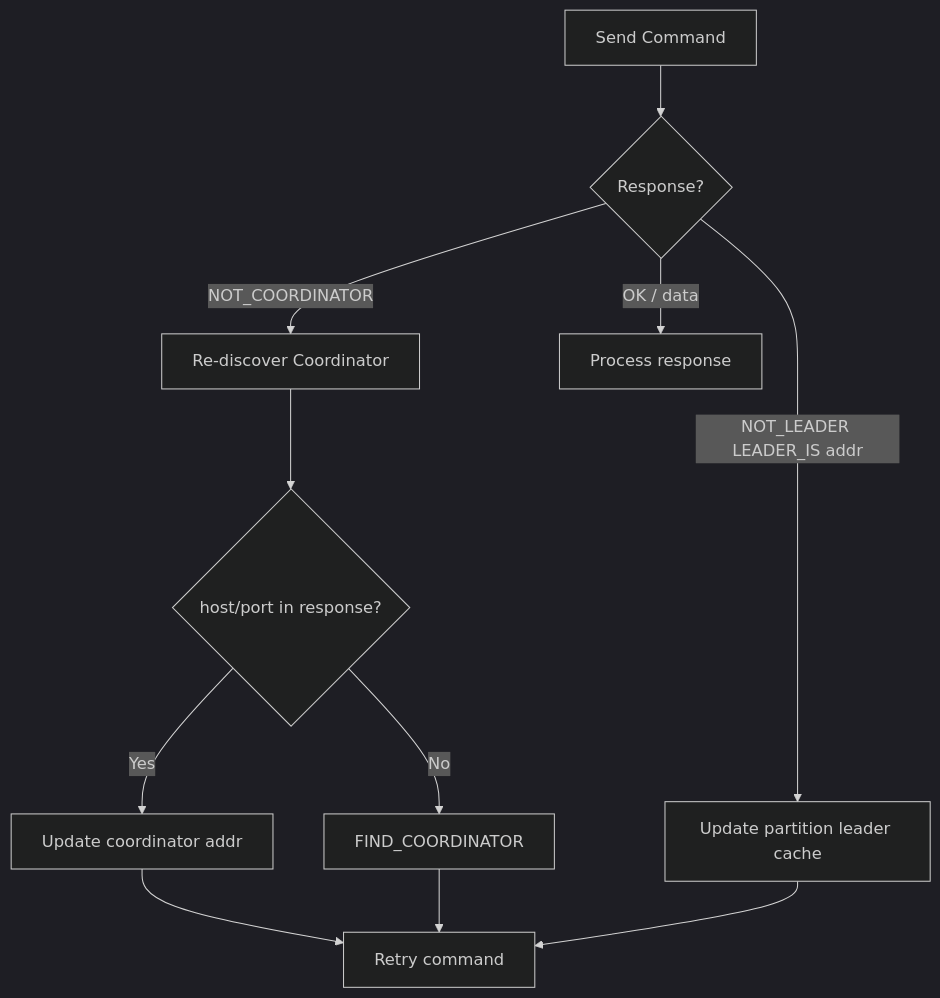
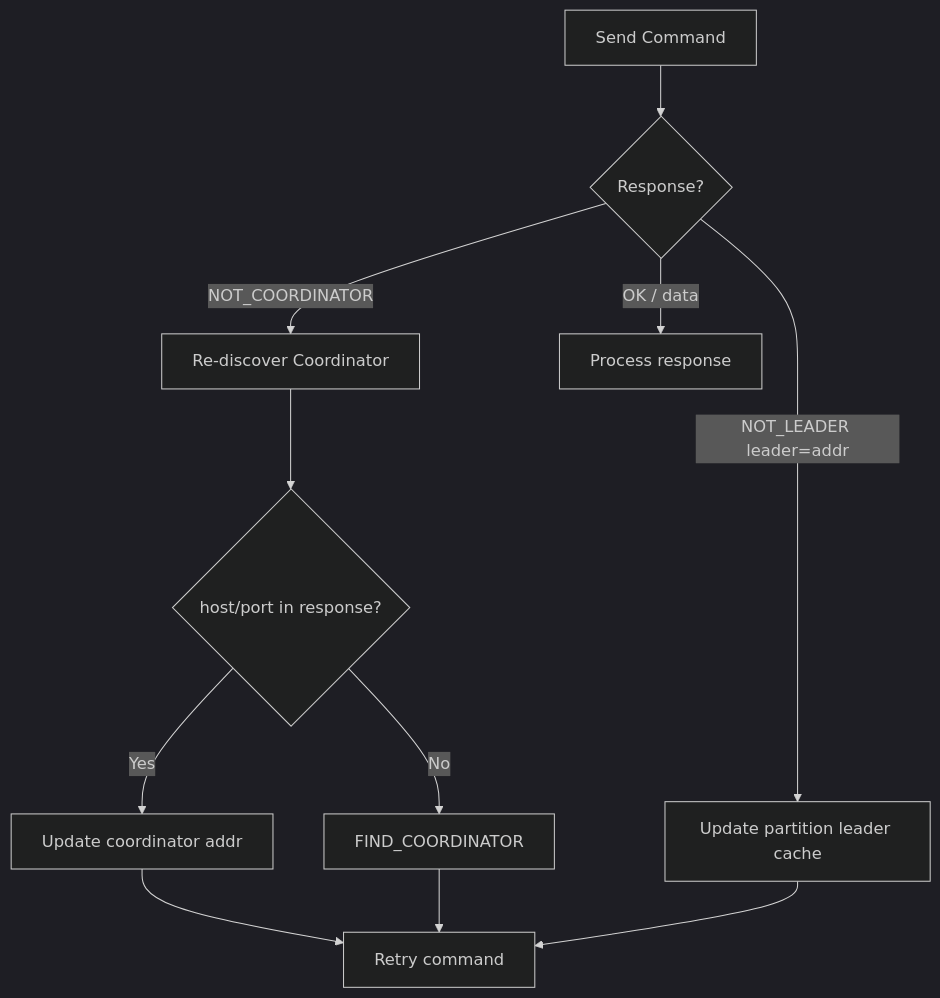
Before and after one commit to cursus-io/cursus: the third of 3 diagrams in docs/cluster-consumer.md, drawn with Mermaid (dark theme). The commit also changed other lines of this file and 337 other files, not shown here.

````diff
--- a/docs/cluster-consumer.md
+++ b/docs/cluster-consumer.md
@@ -118,17 +135,17 @@
 ```mermaid
 flowchart TD
     SEND[Send Command]
     SEND --> CHECK{Response?}
 
     CHECK -->|NOT_COORDINATOR| REDISC[Re-discover Coordinator]
     REDISC --> PARSE{host/port in response?}
     PARSE -->|Yes| UPDATE[Update coordinator addr]
     PARSE -->|No| FIND[FIND_COORDINATOR]
     UPDATE --> RETRY[Retry command]
     FIND --> RETRY
 
-    CHECK -->|NOT_LEADER LEADER_IS addr| ULEAD[Update partition leader cache]
+    CHECK -->|NOT_LEADER leader=addr| ULEAD[Update partition leader cache]
     ULEAD --> RETRY
 
     CHECK -->|OK / data| DONE[Process response]
 ```
````
